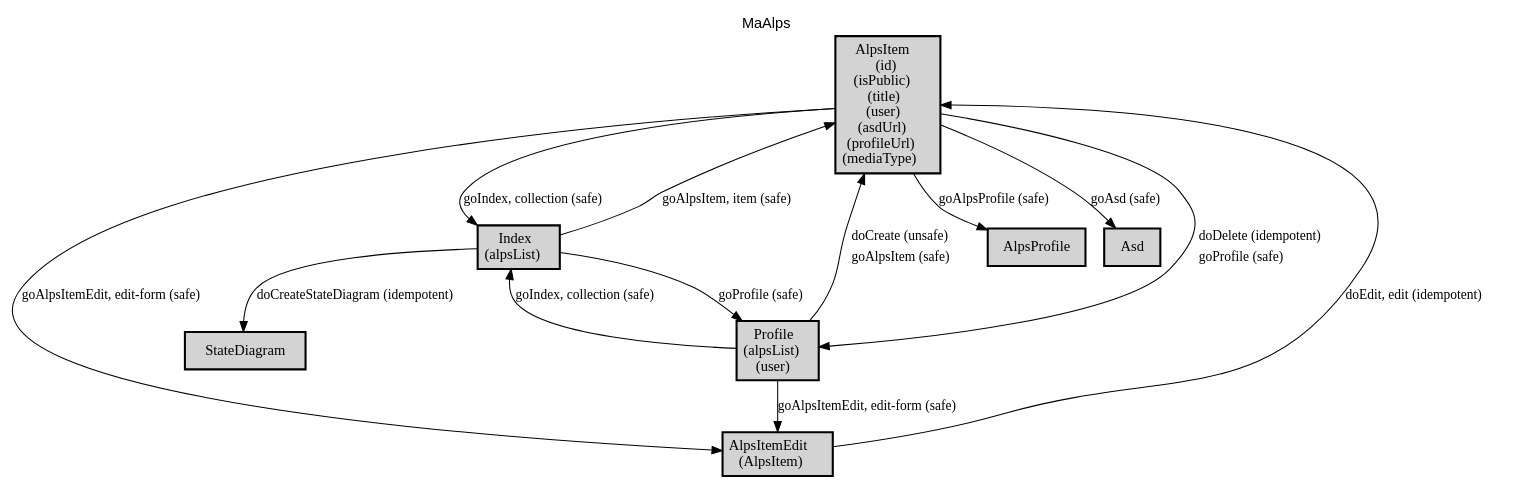
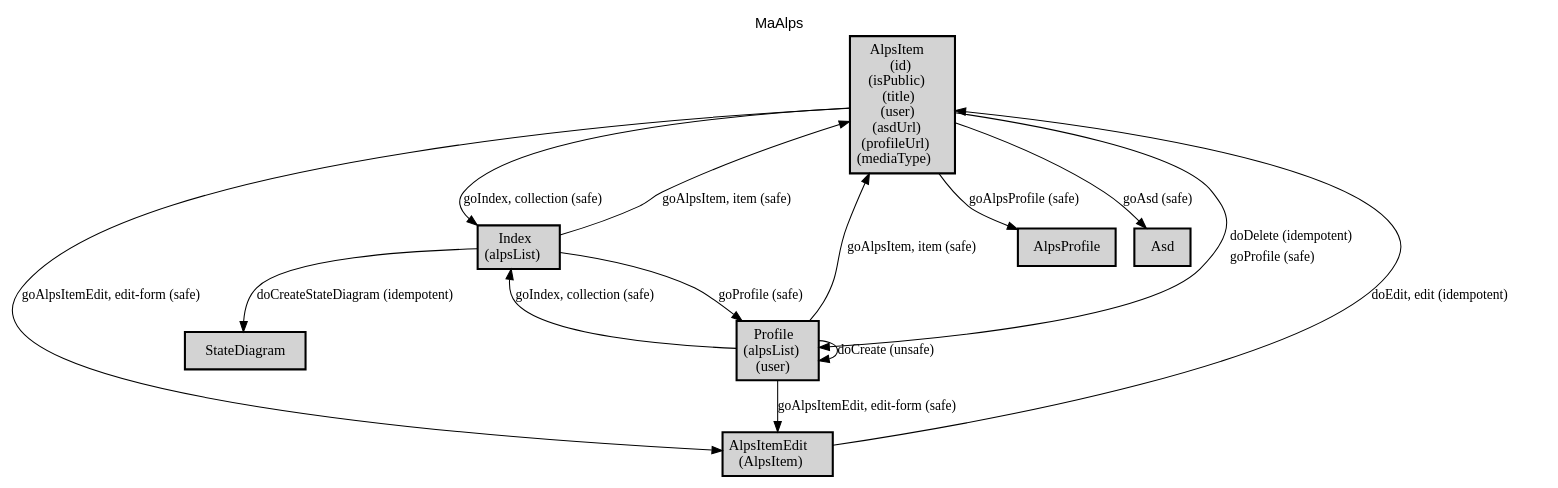
The diagram in docs/profile.dot (ma-alps/spec), drawn with Graphviz before and after one commit. The commit also changed 2 other files, not shown here.

```diff
--- a/docs/profile.dot
+++ b/docs/profile.dot
@@ -1,32 +1,33 @@
 digraph application_state_diagram {
   graph [
     labelloc="t";
     fontname="Helvetica"
     label="MaAlps";
     URL="index.html" target="_parent"
   ];
   node [shape = box, style = "bold,filled" fillcolor="lightgray"];
 
     AlpsItem [margin=0.02, label=<<table cellspacing="0" cellpadding="5" border="0"><tr><td>AlpsItem<br />(id)<br />(isPublic)<br />(title)<br />(user)<br />(asdUrl)<br />(profileUrl)<br />(mediaType)<br /></td></tr></table>>,shape=box URL="docs/semantic.AlpsItem.html" target="_parent"]
     AlpsItemEdit [margin=0.02, label=<<table cellspacing="0" cellpadding="5" border="0"><tr><td>AlpsItemEdit<br />(AlpsItem)<br /></td></tr></table>>,shape=box URL="docs/semantic.AlpsItemEdit.html" target="_parent"]
     Index [margin=0.02, label=<<table cellspacing="0" cellpadding="5" border="0"><tr><td>Index<br />(alpsList)<br /></td></tr></table>>,shape=box URL="docs/semantic.Index.html" target="_parent"]
     Profile [margin=0.02, label=<<table cellspacing="0" cellpadding="5" border="0"><tr><td>Profile<br />(alpsList)<br />(user)<br /></td></tr></table>>,shape=box URL="docs/semantic.Profile.html" target="_parent"]
 
     AlpsItem -> AlpsItemEdit [label = <goAlpsItemEdit, edit-form (safe)> URL="docs/safe.goAlpsItemEdit.html" target="_parent" fontsize=13];
     AlpsItem -> AlpsProfile [label = <goAlpsProfile (safe)> URL="docs/safe.goAlpsProfile.html" target="_parent" fontsize=13];
     AlpsItem -> Asd [label = <goAsd (safe)> URL="docs/safe.goAsd.html" target="_parent" fontsize=13];
     AlpsItem -> Index [label = <goIndex, collection (safe)> URL="docs/safe.goIndex.html" target="_parent" fontsize=13];
     AlpsItem -> Profile [label=<<table  border="0"><tr><td align="left" href="docs/idempotent.doDelete.html">doDelete (idempotent)</td></tr><tr><td align="left" href="docs/safe.goProfile.html">goProfile (safe)</td></tr></table>> fontsize=13];
     AlpsItemEdit -> AlpsItem [label = <doEdit, edit (idempotent)> URL="docs/idempotent.doEdit.html" target="_parent" fontsize=13];
     Index -> AlpsItem [label = <goAlpsItem, item (safe)> URL="docs/safe.goAlpsItem.html" target="_parent" fontsize=13];
     Index -> Profile [label = <goProfile (safe)> URL="docs/safe.goProfile.html" target="_parent" fontsize=13];
     Index -> StateDiagram [label = <doCreateStateDiagram (idempotent)> URL="docs/idempotent.doCreateStateDiagram.html" target="_parent" fontsize=13];
-    Profile -> AlpsItem [label=<<table  border="0"><tr><td align="left" href="docs/unsafe.doCreate.html">doCreate (unsafe)</td></tr><tr><td align="left" href="docs/safe.goAlpsItem.html">goAlpsItem (safe)</td></tr></table>> fontsize=13];
+    Profile -> AlpsItem [label = <goAlpsItem, item (safe)> URL="docs/safe.goAlpsItem.html" target="_parent" fontsize=13];
     Profile -> AlpsItemEdit [label = <goAlpsItemEdit, edit-form (safe)> URL="docs/safe.goAlpsItemEdit.html" target="_parent" fontsize=13];
     Profile -> Index [label = <goIndex, collection (safe)> URL="docs/safe.goIndex.html" target="_parent" fontsize=13];
+    Profile -> Profile [label = <doCreate (unsafe)> URL="docs/unsafe.doCreate.html" target="_parent" fontsize=13];
 
     AlpsProfile [label = <AlpsProfile> URL="docs/semantic.AlpsProfile.html" target="_parent"]
     Asd [label = <Asd> URL="docs/semantic.Asd.html" target="_parent"]
     StateDiagram [label = <StateDiagram> URL="docs/semantic.StateDiagram.html" target="_parent"]
 
 }
```
